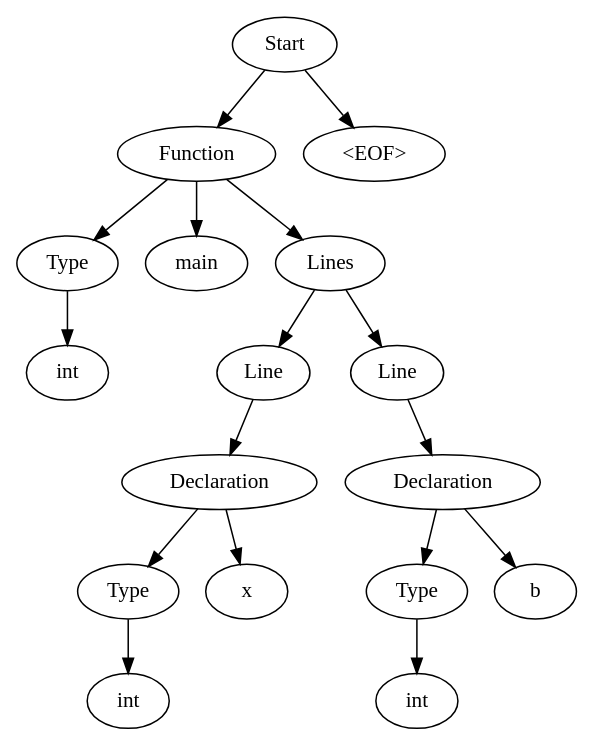
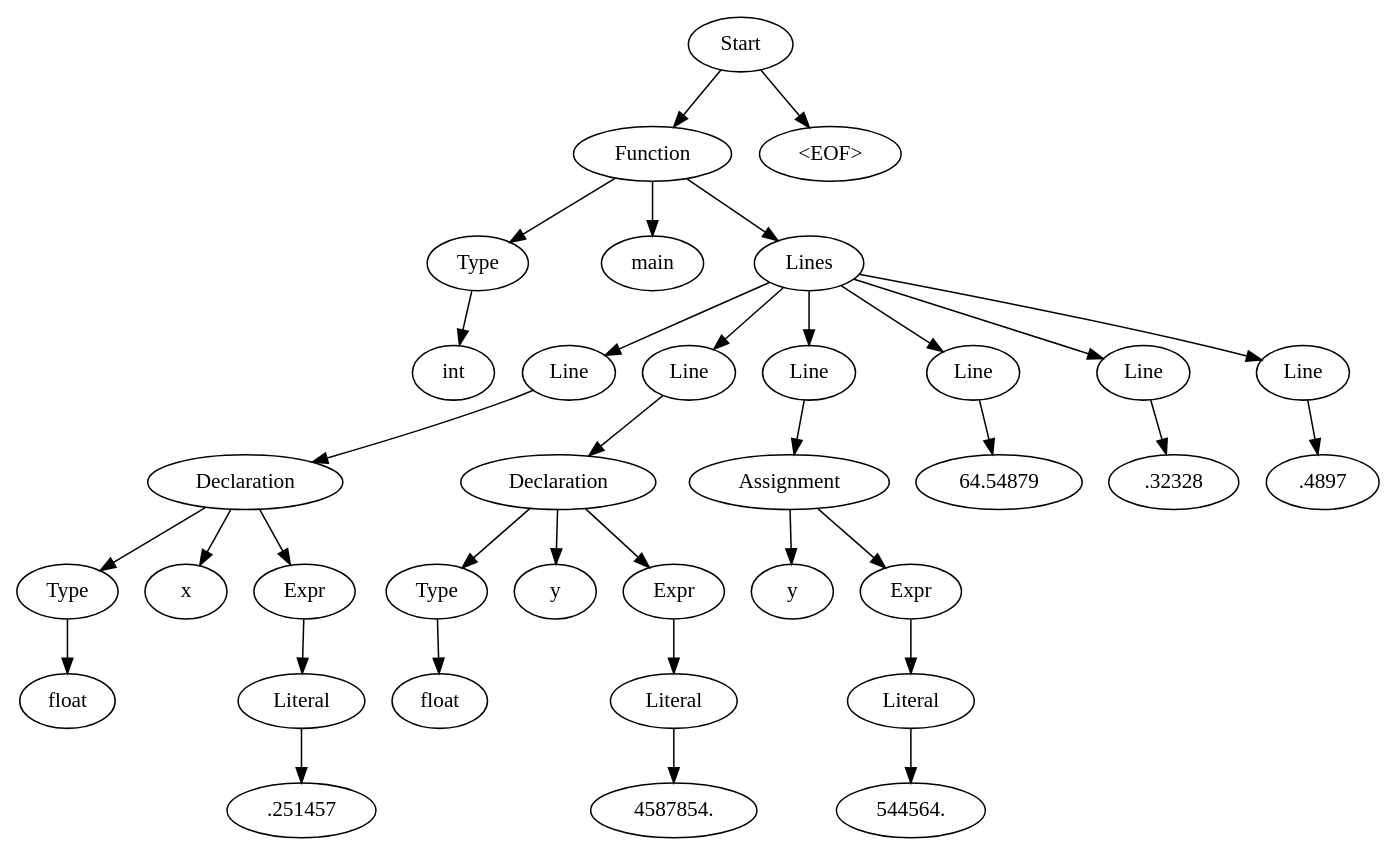
The diagram in output/ASTvisual.dot (Are-you-listening/Compilers), drawn with Graphviz before and after one commit. The commit also changed 5 other files, not shown here.

```diff
--- a/output/ASTvisual.dot
+++ b/output/ASTvisual.dot
@@ -1,35 +1,71 @@
 digraph AST {
-  "140205789393584" [label="Start"];
-  "140205789393584" -> "140205789390512";
-  "140205789393584" -> "140205789389936";
-  "140205789390512" [label="Function"];
-  "140205789390512" -> "140205789390128";
-  "140205789390512" -> "140205789393392";
-  "140205789390512" -> "140205789394016";
-  "140205789390128" [label="Type"];
-  "140205789390128" -> "140205789393104";
-  "140205789393104" [label="int"];
-  "140205789393392" [label="main"];
-  "140205789394016" [label="Lines"];
-  "140205789394016" -> "140205789385712";
-  "140205789394016" -> "140205789390608";
-  "140205789385712" [label="Line"];
-  "140205789385712" -> "140205789393296";
-  "140205789393296" [label="Declaration"];
-  "140205789393296" -> "140205789390848";
-  "140205789393296" -> "140205789392384";
-  "140205789390848" [label="Type"];
-  "140205789390848" -> "140205789392288";
-  "140205789392288" [label="int"];
-  "140205789392384" [label="x"];
-  "140205789390608" [label="Line"];
-  "140205789390608" -> "140205789390080";
-  "140205789390080" [label="Declaration"];
-  "140205789390080" -> "140205789389888";
-  "140205789390080" -> "140205789389648";
-  "140205789389888" [label="Type"];
-  "140205789389888" -> "140205789389696";
-  "140205789389696" [label="int"];
-  "140205789389648" [label="b"];
-  "140205789389936" [label="<EOF>"];
+  "139627409717568" [label="Start"];
+  "139627409717568" -> "139627409717760";
+  "139627409717568" -> "139627408241904";
+  "139627409717760" [label="Function"];
+  "139627409717760" -> "139627409718048";
+  "139627409717760" -> "139627409718192";
+  "139627409717760" -> "139627409718624";
+  "139627409718048" [label="Type"];
+  "139627409718048" -> "139627409718144";
+  "139627409718144" [label="int"];
+  "139627409718192" [label="main"];
+  "139627409718624" [label="Lines"];
+  "139627409718624" -> "139627409717712";
+  "139627409718624" -> "139627409711040";
+  "139627409718624" -> "139627408244592";
+  "139627409718624" -> "139627408243200";
+  "139627409718624" -> "139627408242672";
+  "139627409718624" -> "139627408242240";
+  "139627409717712" [label="Line"];
+  "139627409717712" -> "139627409717328";
+  "139627409717328" [label="Declaration"];
+  "139627409717328" -> "139627409710800";
+  "139627409717328" -> "139627409712000";
+  "139627409717328" -> "139627408244544";
+  "139627409710800" [label="Type"];
+  "139627409710800" -> "139627409718288";
+  "139627409718288" [label="float"];
+  "139627409712000" [label="x"];
+  "139627408244544" [label="Expr"];
+  "139627408244544" -> "139627408244640";
+  "139627408244640" [label="Literal"];
+  "139627408244640" -> "139627408244304";
+  "139627408244304" [label=".251457"];
+  "139627409711040" [label="Line"];
+  "139627409711040" -> "139627408244016";
+  "139627408244016" [label="Declaration"];
+  "139627408244016" -> "139627408244256";
+  "139627408244016" -> "139627408243728";
+  "139627408244016" -> "139627408243488";
+  "139627408244256" [label="Type"];
+  "139627408244256" -> "139627408243776";
+  "139627408243776" [label="float"];
+  "139627408243728" [label="y"];
+  "139627408243488" [label="Expr"];
+  "139627408243488" -> "139627408243392";
+  "139627408243392" [label="Literal"];
+  "139627408243392" -> "139627408243248";
+  "139627408243248" [label="4587854."];
+  "139627408244592" [label="Line"];
+  "139627408244592" -> "139627408243344";
+  "139627408243344" [label="Assignment"];
+  "139627408243344" -> "139627408243104";
+  "139627408243344" -> "139627408242960";
+  "139627408243104" [label="y"];
+  "139627408242960" [label="Expr"];
+  "139627408242960" -> "139627408242864";
+  "139627408242864" [label="Literal"];
+  "139627408242864" -> "139627408242720";
+  "139627408242720" [label="544564."];
+  "139627408243200" [label="Line"];
+  "139627408243200" -> "139627408242288";
+  "139627408242288" [label="64.54879"];
+  "139627408242672" [label="Line"];
+  "139627408242672" -> "139627408242000";
+  "139627408242000" [label=".32328"];
+  "139627408242240" [label="Line"];
+  "139627408242240" -> "139627408241664";
+  "139627408241664" [label=".4897"];
+  "139627408241904" [label="<EOF>"];
 }
```
